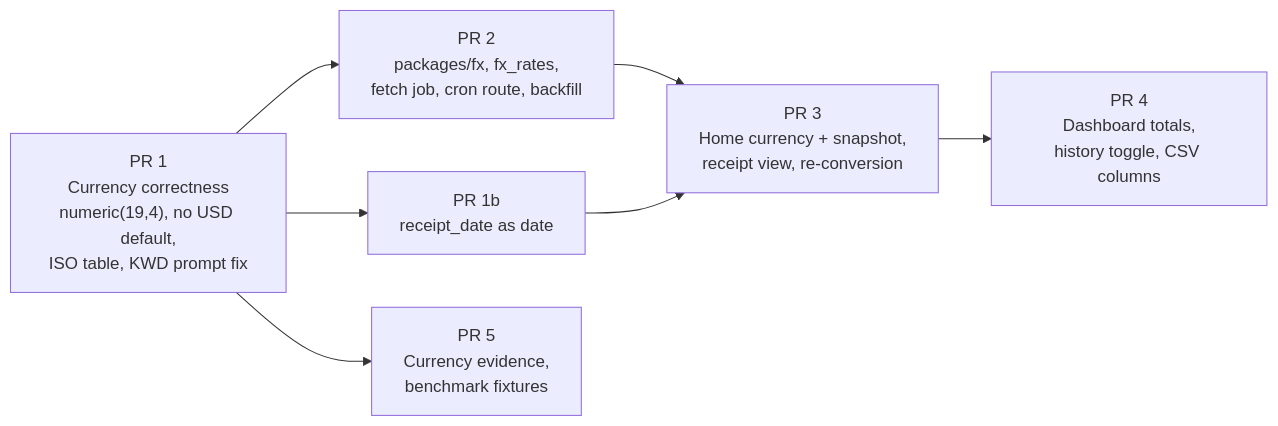
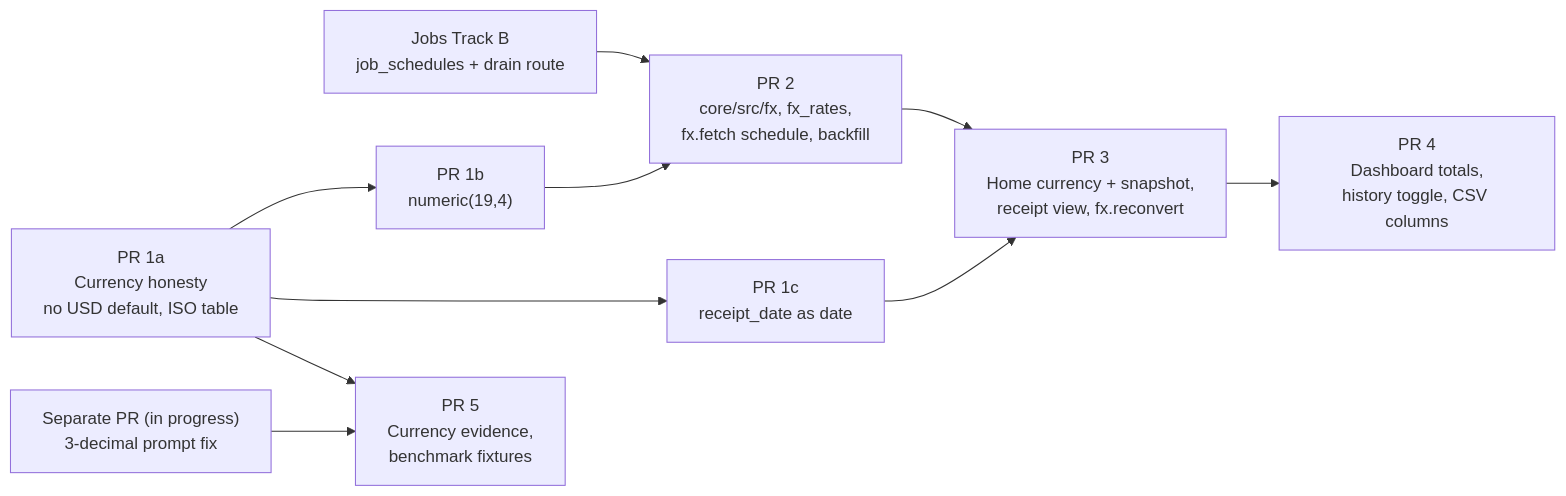
Before and after one commit to bhimrazy/receipt-ocr-app: the sixth of 6 diagrams in docs/plans/2026-11-06-currencies-fx.md, drawn with Mermaid. The commit also changed other lines of this file and 1 other file, not shown here.

````diff
--- a/docs/plans/2026-11-06-currencies-fx.md
+++ b/docs/plans/2026-11-06-currencies-fx.md
@@ -577,12 +656,17 @@
 ```mermaid
 flowchart LR
-  p1["PR 1<br/>Currency correctness<br/>numeric(19,4), no USD default,<br/>ISO table, KWD prompt fix"]
-  p1b["PR 1b<br/>receipt_date as date"]
-  p2["PR 2<br/>packages/fx, fx_rates,<br/>fetch job, cron route, backfill"]
-  p3["PR 3<br/>Home currency + snapshot,<br/>receipt view, re-conversion"]
+  pre["Separate PR (in progress)<br/>3-decimal prompt fix"]
+  tb["Jobs Track B<br/>job_schedules + drain route"]
+  p1a["PR 1a<br/>Currency honesty<br/>no USD default, ISO table"]
+  p1b["PR 1b<br/>numeric(19,4)"]
+  p1c["PR 1c<br/>receipt_date as date"]
+  p2["PR 2<br/>core/src/fx, fx_rates,<br/>fx.fetch schedule, backfill"]
+  p3["PR 3<br/>Home currency + snapshot,<br/>receipt view, fx.reconvert"]
   p4["PR 4<br/>Dashboard totals,<br/>history toggle, CSV columns"]
   p5["PR 5<br/>Currency evidence,<br/>benchmark fixtures"]
-  p1 --> p2 --> p3 --> p4
-  p1 --> p1b --> p3
-  p1 --> p5
+  p1a --> p1b --> p2 --> p3 --> p4
+  tb --> p2
+  p1a --> p1c --> p3
+  p1a --> p5
+  pre --> p5
 ```
````
